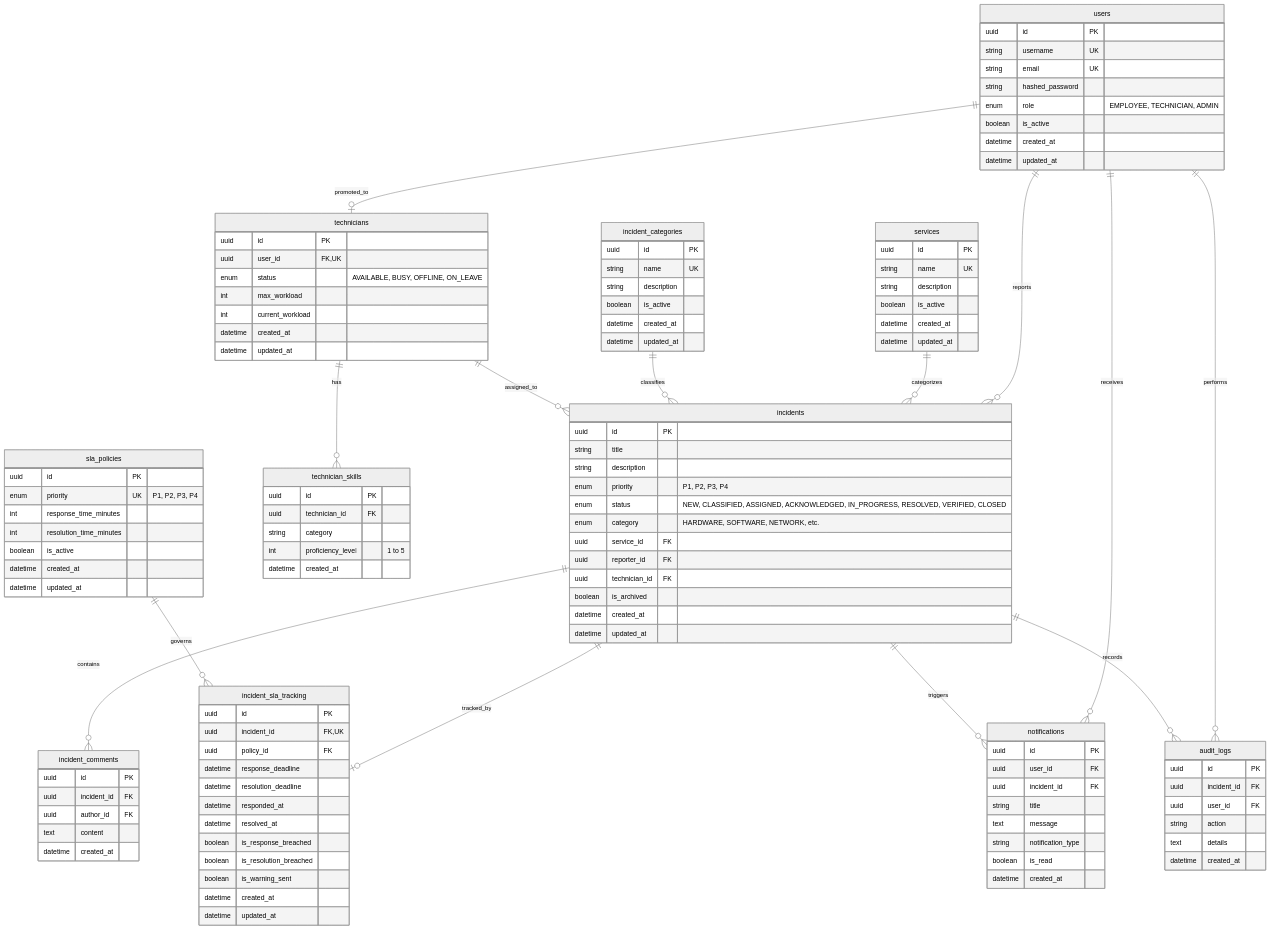
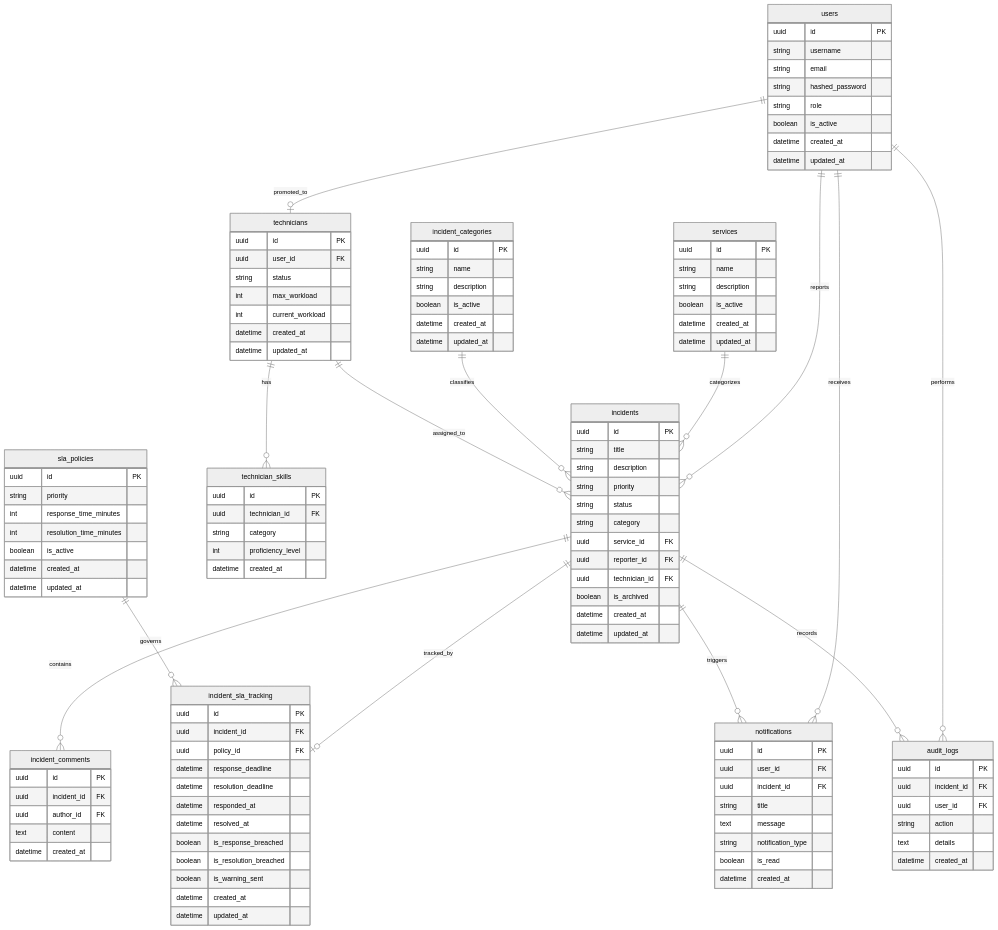
The second of 2 diagrams in README.md (kj-labs1/I-ITSM), drawn with Mermaid (neutral theme) before and after one commit. The commit also changed other lines of this file, not shown here.

Commit message:
fix(docs): resolve GitHub Mermaid diagram rendering and parse errors

```diff
--- a/README.md
+++ b/README.md
@@ -368,10 +371,10 @@
 
     users {
         uuid id PK
-        string username UK
-        string email UK
+        string username
+        string email
         string hashed_password
-        enum role "EMPLOYEE, TECHNICIAN, ADMIN"
+        string role
         boolean is_active
         datetime created_at
         datetime updated_at
@@ -379,7 +382,7 @@
 
     services {
         uuid id PK
-        string name UK
+        string name
         string description
         boolean is_active
         datetime created_at
@@ -388,7 +391,7 @@
 
     incident_categories {
         uuid id PK
-        string name UK
+        string name
         string description
         boolean is_active
         datetime created_at
@@ -397,8 +400,8 @@
 
     technicians {
         uuid id PK
-        uuid user_id FK, UK
-        enum status "AVAILABLE, BUSY, OFFLINE, ON_LEAVE"
+        uuid user_id FK
+        string status
         int max_workload
         int current_workload
         datetime created_at
@@ -409,7 +412,7 @@
         uuid id PK
         uuid technician_id FK
         string category
-        int proficiency_level "1 to 5"
+        int proficiency_level
         datetime created_at
     }
 
@@ -417,9 +420,9 @@
         uuid id PK
         string title
         string description
-        enum priority "P1, P2, P3, P4"
-        enum status "NEW, CLASSIFIED, ASSIGNED, ACKNOWLEDGED, IN_PROGRESS, RESOLVED, VERIFIED, CLOSED"
-        enum category "HARDWARE, SOFTWARE, NETWORK, etc."
+        string priority
+        string status
+        string category
         uuid service_id FK
         uuid reporter_id FK
         uuid technician_id FK
@@ -438,7 +441,7 @@
 
     sla_policies {
         uuid id PK
-        enum priority UK "P1, P2, P3, P4"
+        string priority
         int response_time_minutes
         int resolution_time_minutes
         boolean is_active
@@ -448,7 +451,7 @@
 
     incident_sla_tracking {
         uuid id PK
-        uuid incident_id FK, UK
+        uuid incident_id FK
         uuid policy_id FK
         datetime response_deadline
         datetime resolution_deadline
```
